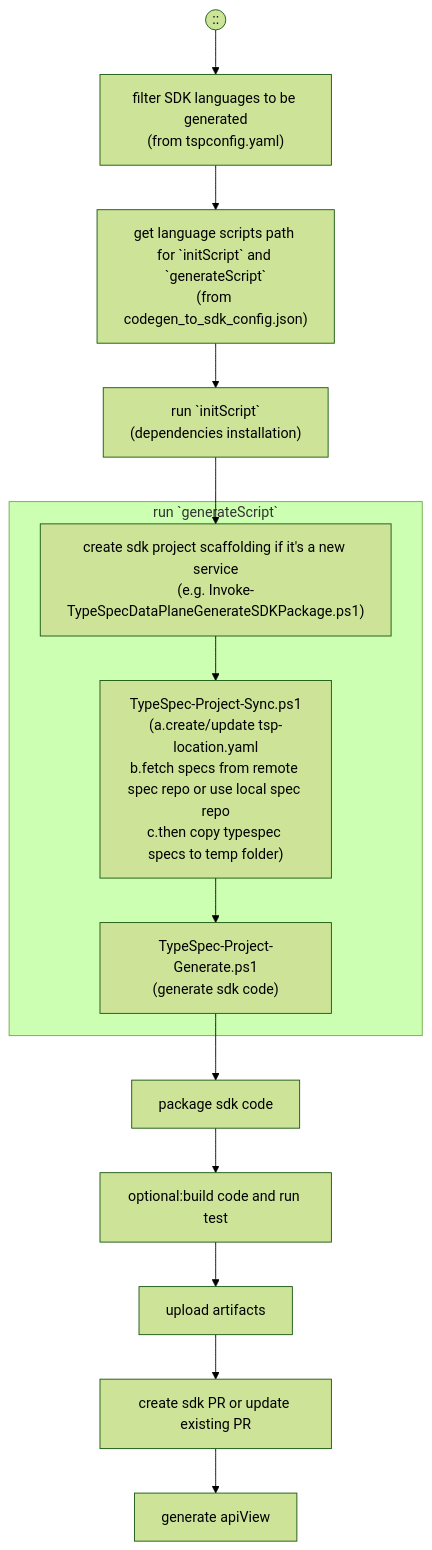
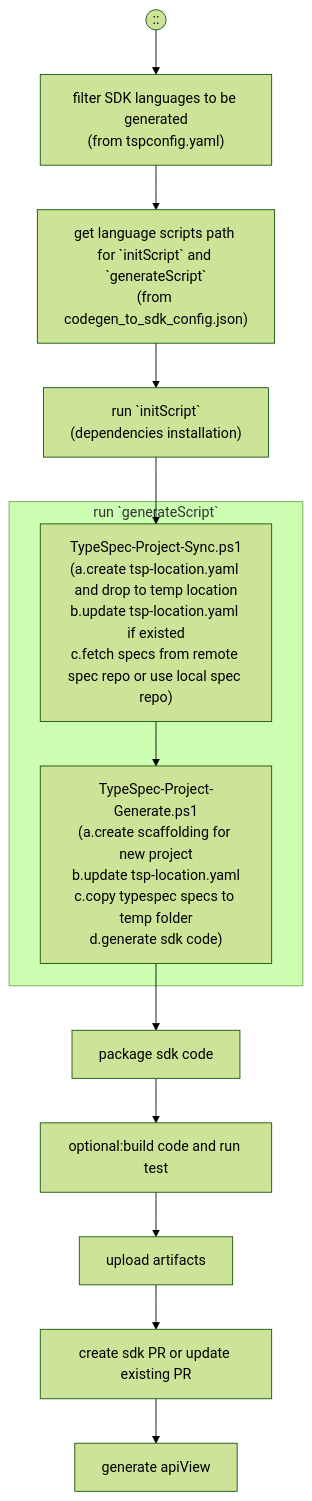
One commit to Azure/azure-rest-api-specs changed the fourth of 4 diagrams in documentation/typespec-end-to-end-scenarios.md. Above: the diagram before and after it, drawn with Mermaid (forest theme). The commit also changed other lines of this file, not shown here.

````diff
--- a/documentation/typespec-end-to-end-scenarios.md
+++ b/documentation/typespec-end-to-end-scenarios.md
@@ -115,29 +120,30 @@
 ```mermaid
 flowchart TD;
   classDef highlight fill:#ffd700
   Pipeline((::))-->A
 A["filter SDK languages to be generated
 (from tspconfig.yaml)"]-->B
 B["get language scripts path for `initScript` and `generateScript`
 (from codegen_to_sdk_config.json)"]-->C
 C["run `initScript`
-(dependencies installation)"]-->E
+(dependencies installation)"]-->G
 subgraph D["run `generateScript`"]
-  E
   G
   H
 end
-E["create sdk project scaffolding if it's a new service
-(e.g. Invoke-TypeSpecDataPlaneGenerateSDKPackage.ps1)"]-->G
+
 G["TypeSpec-Project-Sync.ps1
-(a.create/update tsp-location.yaml
-b.fetch specs from remote spec repo or use local spec repo
-c.then copy typespec specs to temp folder)"]-->H
+(a.create tsp-location.yaml and drop to temp location
+b.update tsp-location.yaml if existed
+c.fetch specs from remote spec repo or use local spec repo)"]-->H
 H["TypeSpec-Project-Generate.ps1
-(generate sdk code)"]-->I
+(a.create scaffolding for new project
+b.update tsp-location.yaml
+c.copy typespec specs to temp folder
+d.generate sdk code)"]-->I
 I["package sdk code"]-->J
 J["optional:build code and run test"]-->K
 K["upload artifacts"]-->L
 L["create sdk PR or update existing PR"]-->M
 M["generate apiView"]
 ```
````
